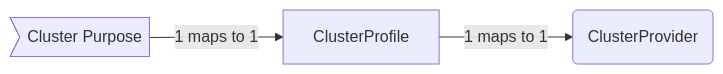
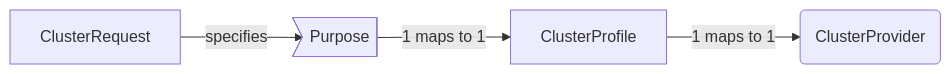
One commit to openmcp-project/docs changed the eighth of 12 diagrams in docs/developers/clusterprovider/01-design.mdx. Above: the diagram before and after it, drawn with Mermaid. The commit also changed other lines of this file, not shown here.

First line of the commit message:
docs(cluster-provider): draft and visual notation clarification

````diff
--- a/docs/developers/clusterprovider/01-design.mdx
+++ b/docs/developers/clusterprovider/01-design.mdx
@@ -115,8 +129,9 @@
 ```mermaid
 graph LR
-    PU>Cluster Purpose]
+    CR[ClusterRequest]
+    PU>Purpose]
     CP[ClusterProfile]
     P(ClusterProvider)
 
-    PU -->|1 maps to 1|CP -->|1 maps to 1|P
+    CR -->|specifies| PU -->|1 maps to 1|CP -->|1 maps to 1|P
 ```
````
